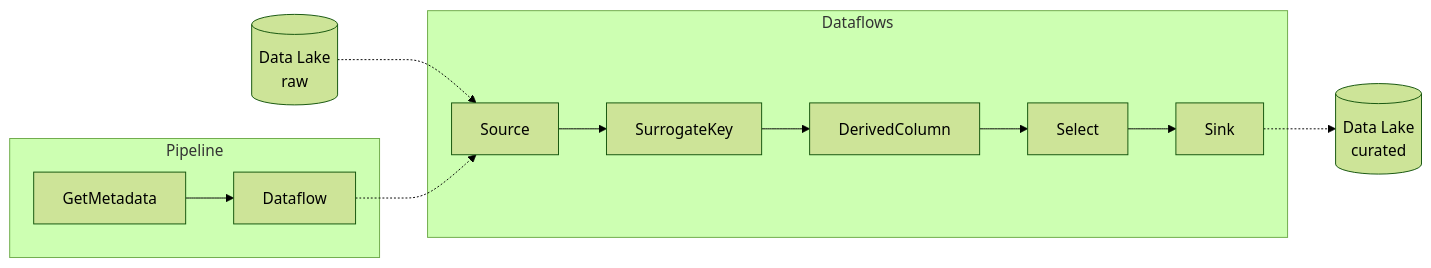
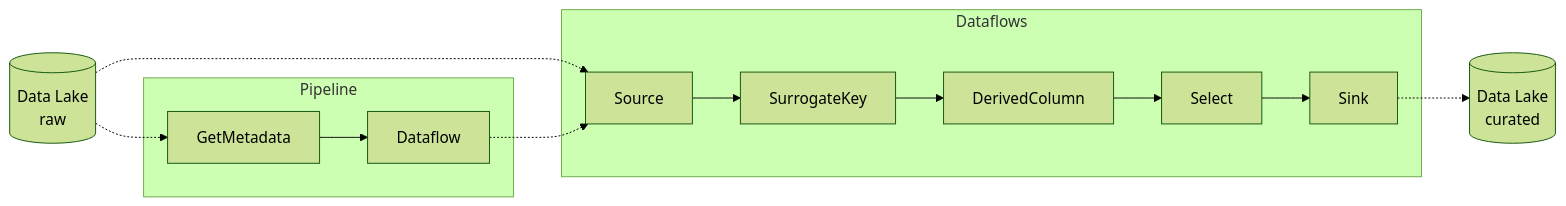
The diagram in modules/module01b.md (tayganr/lakehouse), drawn with Mermaid (forest theme) before and after one commit.

````diff
--- a/modules/module01b.md
+++ b/modules/module01b.md
@@ -14,26 +14,24 @@
 ```mermaid
 flowchart LR
     ds1[(Data Lake\nraw)]
     ds2[(Data Lake\ncurated)]
     ds1-.->Source
+    ds1-.->GetMetadata
     Sink-.->ds2
-
     Dataflow-.->Source
-
-
 
     subgraph Pipeline
     GetMetadata-->Dataflow
     end
 
     subgraph Dataflows
     Source-->SurrogateKey
     SurrogateKey-->DerivedColumn
     DerivedColumn-->Select
     Select-->Sink
     end
 
 
     click GetMetadata "https://github.com/tayganr/lakehouse/blob/main/modules/module01b.md#1-Pipeline-initialLoad"
     click Source "https://github.com/tayganr/lakehouse/blob/main/modules/module01b.md#2-Data-flow-Source---rawCustomer"
 ```
````
